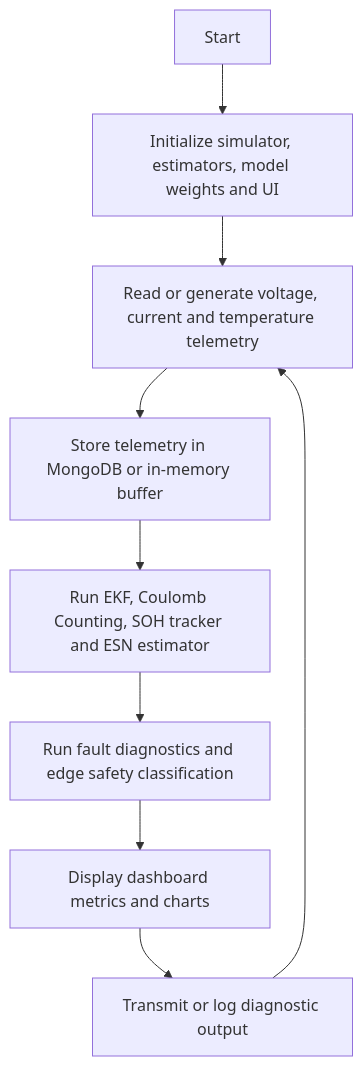
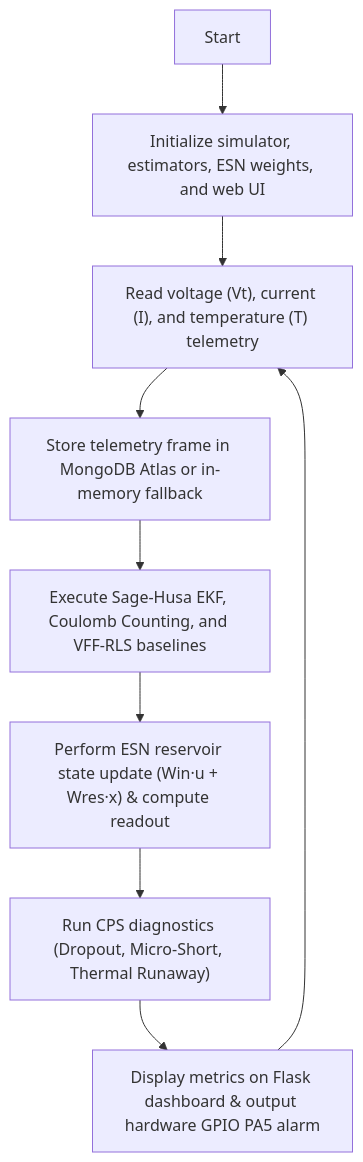
One commit to tanish-jain-225/Battery_State_Estimator_BE_Project_2026_2027 changed the third of 3 diagrams in README.md. Above: the diagram before and after it, drawn with Mermaid. The commit also changed other lines of this file and 40 other files, not shown here.

````diff
--- a/README.md
+++ b/README.md
@@ -379,11 +278,11 @@
 ```mermaid
 flowchart TD
-    A["Start"] --> B["Initialize simulator, estimators, model weights and UI"]
-    B --> C["Read or generate voltage, current and temperature telemetry"]
-    C --> D["Store telemetry in MongoDB or in-memory buffer"]
-    D --> E["Run EKF, Coulomb Counting, SOH tracker and ESN estimator"]
-    E --> F["Run fault diagnostics and edge safety classification"]
-    F --> G["Display dashboard metrics and charts"]
-    G --> H["Transmit or log diagnostic output"]
+    A["Start"] --> B["Initialize simulator, estimators, ESN weights, and web UI"]
+    B --> C["Read voltage (Vt), current (I), and temperature (T) telemetry"]
+    C --> D["Store telemetry frame in MongoDB Atlas or in-memory fallback"]
+    D --> E["Execute Sage-Husa EKF, Coulomb Counting, and VFF-RLS baselines"]
+    E --> F["Perform ESN reservoir state update (Win·u + Wres·x) & compute readout"]
+    F --> G["Run CPS diagnostics (Dropout, Micro-Short, Thermal Runaway)"]
+    G --> H["Display metrics on Flask dashboard & output hardware GPIO PA5 alarm"]
     H --> C
 ```
````
